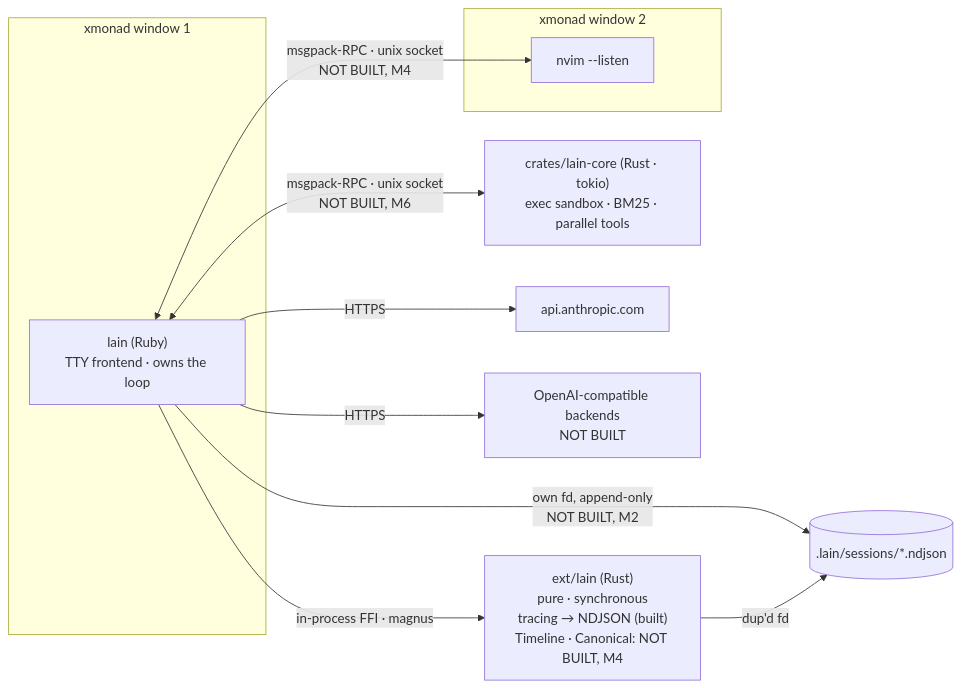
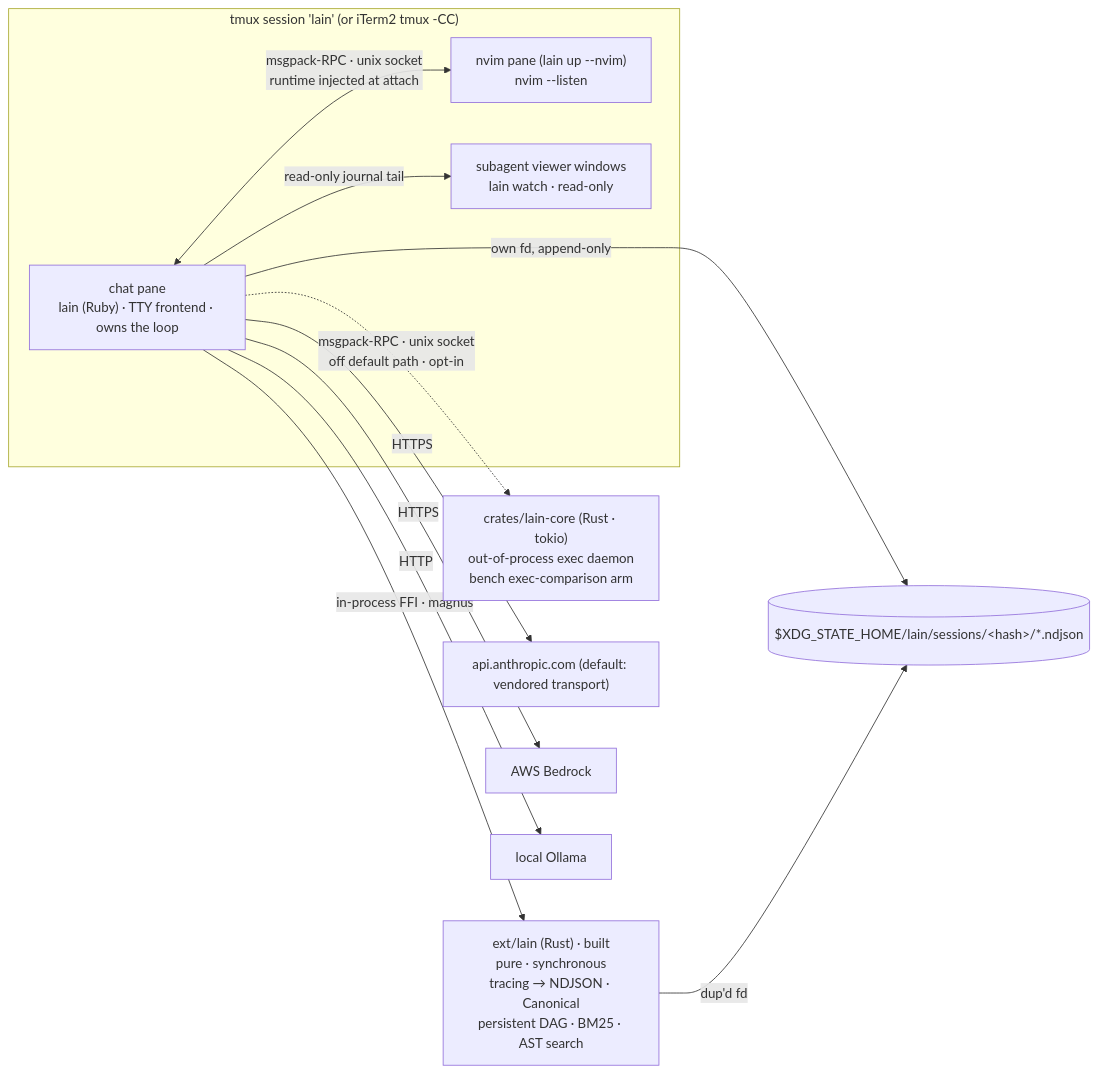
Before and after one commit to liaden/lain: the first of 2 diagrams in README.md, drawn with Mermaid. The commit also changed other lines of this file and 2 other files, not shown here.

Commit message:
docs: README and ROADMAP reflect the shipped interface band; drop xmonad from living docs

````diff
--- a/README.md
+++ b/README.md
@@ -85,16 +94,17 @@
 ```mermaid
 flowchart LR
-  subgraph w1["xmonad window 1"]
-    TTY["lain (Ruby)<br/>TTY frontend · owns the loop"]
+  subgraph sess["tmux session 'lain' (or iTerm2 tmux -CC)"]
+    TTY["chat pane<br/>lain (Ruby) · TTY frontend · owns the loop"]
+    NVIM["nvim pane (lain up --nvim)<br/>nvim --listen"]
+    WATCH["subagent viewer windows<br/>lain watch · read-only"]
   end
-  subgraph w2["xmonad window 2"]
-    NVIM["nvim --listen"]
-  end
-  TTY <-->|msgpack-RPC · unix socket<br/>NOT BUILT, M4| NVIM
-  TTY -->|in-process FFI · magnus| EXT["ext/lain (Rust)<br/>pure · synchronous<br/>tracing → NDJSON (built)<br/>Timeline · Canonical: NOT BUILT, M4"]
-  TTY <-->|msgpack-RPC · unix socket<br/>NOT BUILT, M6| CORE["crates/lain-core (Rust · tokio)<br/>exec sandbox · BM25 · parallel tools"]
-  TTY -->|HTTPS| ANTH["api.anthropic.com"]
-  TTY -->|HTTPS| OAI["OpenAI-compatible backends<br/>NOT BUILT"]
-  TTY -->|own fd, append-only<br/>NOT BUILT, M2| J[(".lain/sessions/*.ndjson")]
+  TTY <-->|msgpack-RPC · unix socket<br/>runtime injected at attach| NVIM
+  TTY -->|read-only journal tail| WATCH
+  TTY -->|in-process FFI · magnus| EXT["ext/lain (Rust) · built<br/>pure · synchronous<br/>tracing → NDJSON · Canonical<br/>persistent DAG · BM25 · AST search"]
+  TTY -.->|msgpack-RPC · unix socket<br/>off default path · opt-in| CORE["crates/lain-core (Rust · tokio)<br/>out-of-process exec daemon<br/>bench exec-comparison arm"]
+  TTY -->|HTTPS| ANTH["api.anthropic.com (default: vendored transport)"]
+  TTY -->|HTTPS| BR["AWS Bedrock"]
+  TTY -->|HTTP| OLL["local Ollama"]
+  TTY -->|own fd, append-only| J[("$XDG_STATE_HOME/lain/sessions/&lt;hash&gt;/*.ndjson")]
   EXT -->|dup'd fd| J
 ```
````
